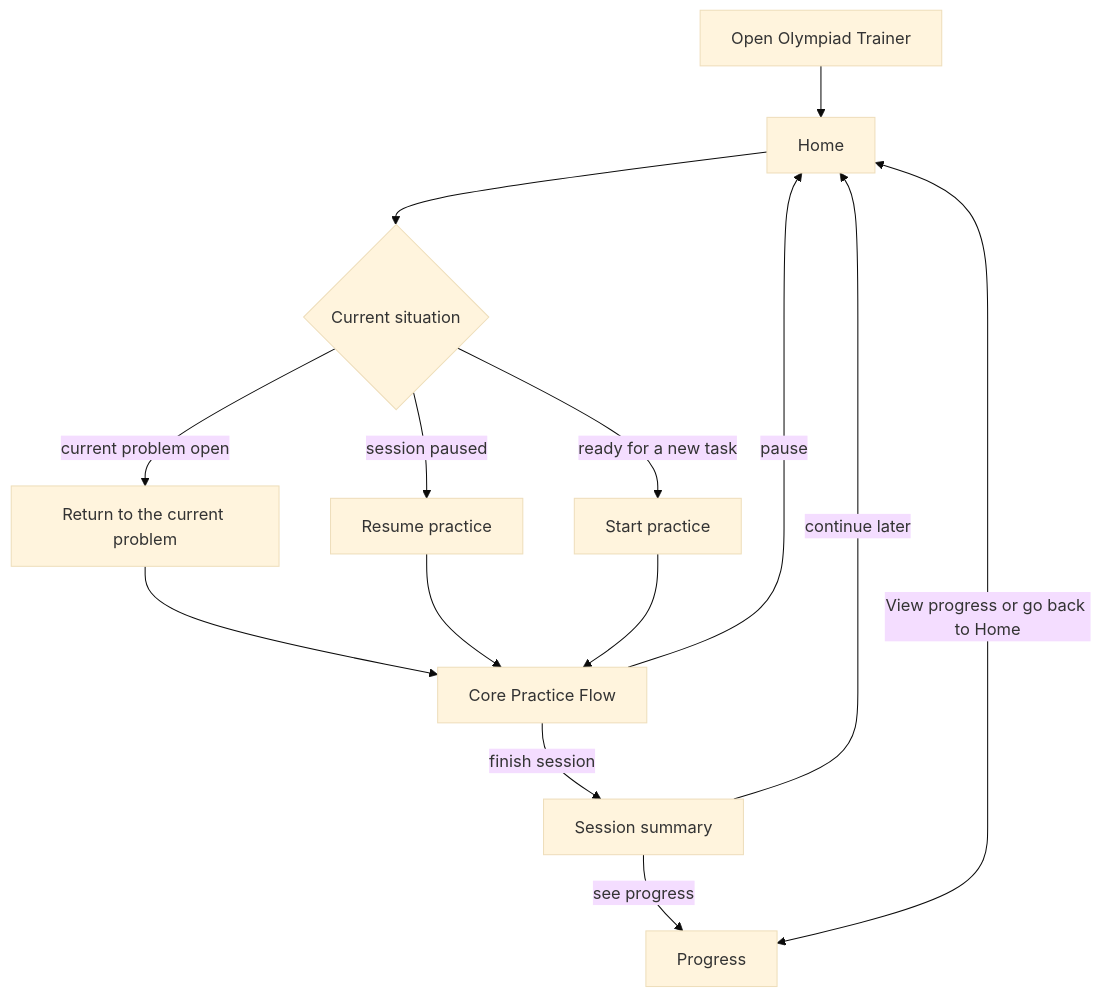
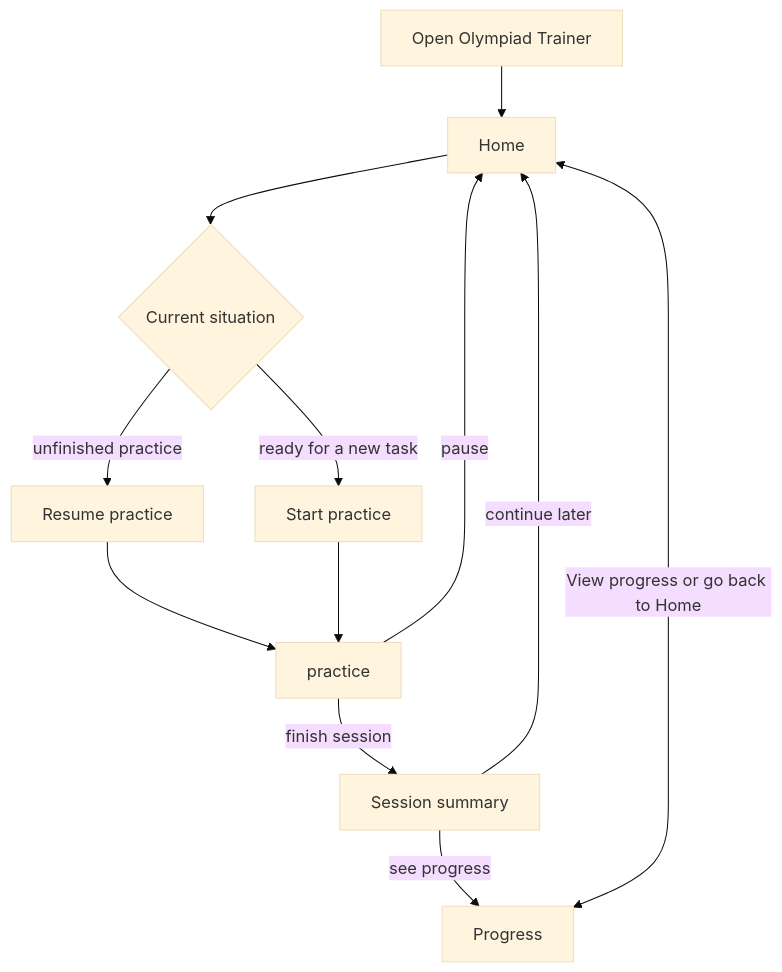
Before and after one commit to SemenKr/olympiad-trainer: the second of 2 diagrams in docs/03-ux/first-visit-navigation-flow.md, drawn with Mermaid (base theme). The commit also changed other lines of this file and 2 other files, not shown here.

Commit message:
docs: align unfinished practice terminology

````diff
--- a/docs/03-ux/first-visit-navigation-flow.md
+++ b/docs/03-ux/first-visit-navigation-flow.md
@@ -86,16 +86,14 @@
 ```mermaid
 flowchart TD
     open[Open Olympiad Trainer] --> home[Home]
     home --> state{Current situation}
-    state -->|current problem open| returnProblem[Return to the current problem]
-    state -->|session paused| resume[Resume practice]
+    state -->|unfinished practice| resume[Resume practice]
     state -->|ready for a new task| start[Start practice]
-    returnProblem --> practice[Core Practice Flow]
     resume --> practice
     start --> practice
     practice -->|pause| home
     practice -->|finish session| summary[Session summary]
     summary -->|continue later| home
     summary -->|see progress| progress[Progress]
     home <-->|View progress or go back to Home| progress
 ```
````
